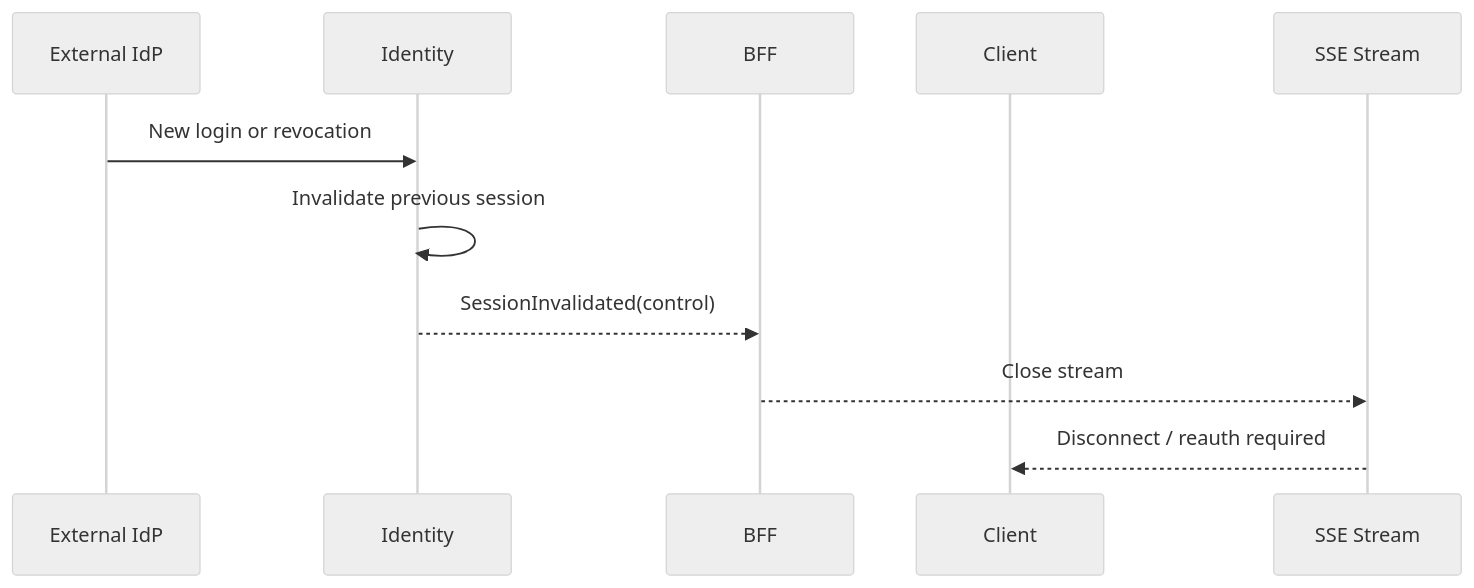
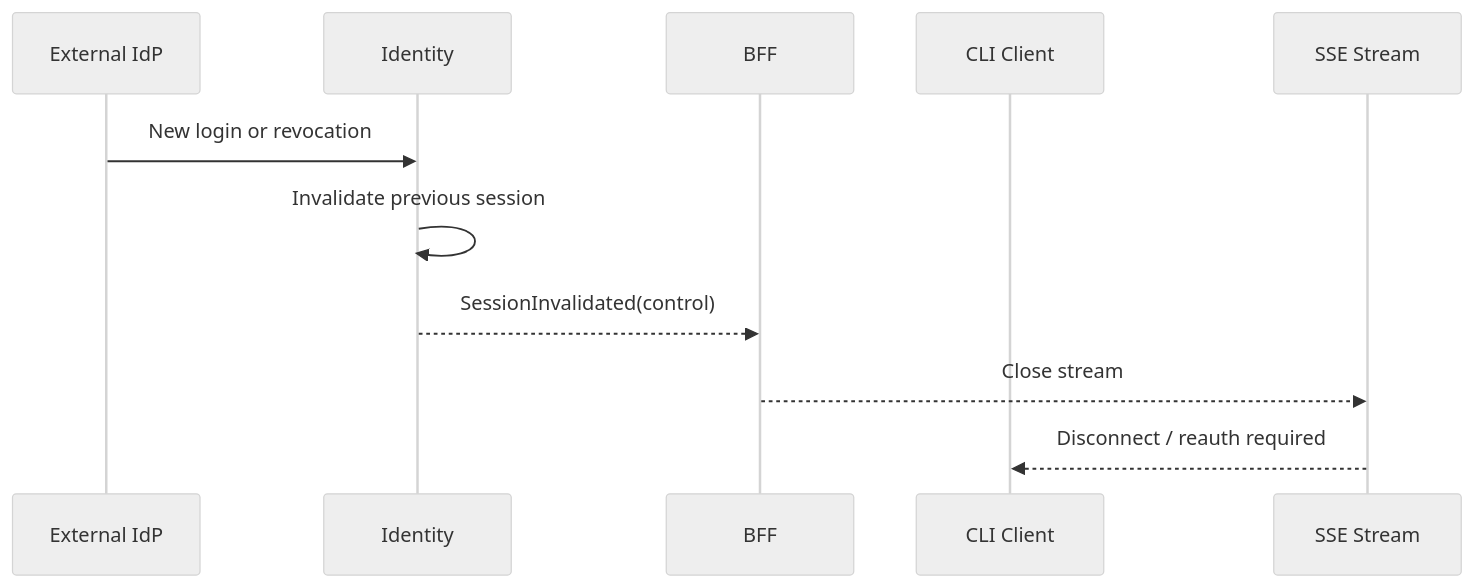
One commit to FSendot/uno-arena changed the second of 6 diagrams in docs/architecture/07-sequence-diagrams.md. Above: the diagram before and after it, drawn with Mermaid (neutral theme). The commit also changed other lines of this file and 290 other files, not shown here.

Commit message:
feat: implement UnoArena capability architecture and CLI

````diff
--- a/docs/architecture/07-sequence-diagrams.md
+++ b/docs/architecture/07-sequence-diagrams.md
@@ -32,14 +39,14 @@
 ```mermaid
 sequenceDiagram
     participant IdP as External IdP
     participant I as Identity
     participant B as BFF
-    participant C as Client
+    participant C as CLI Client
     participant S as SSE Stream
 
     IdP->>I: New login or revocation
     I->>I: Invalidate previous session
     I-->>B: SessionInvalidated(control)
     B-->>S: Close stream
     S-->>C: Disconnect / reauth required
 ```
````
